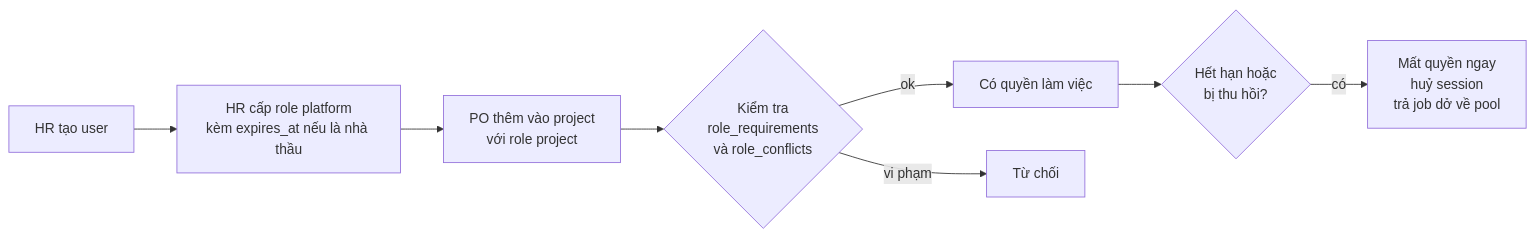
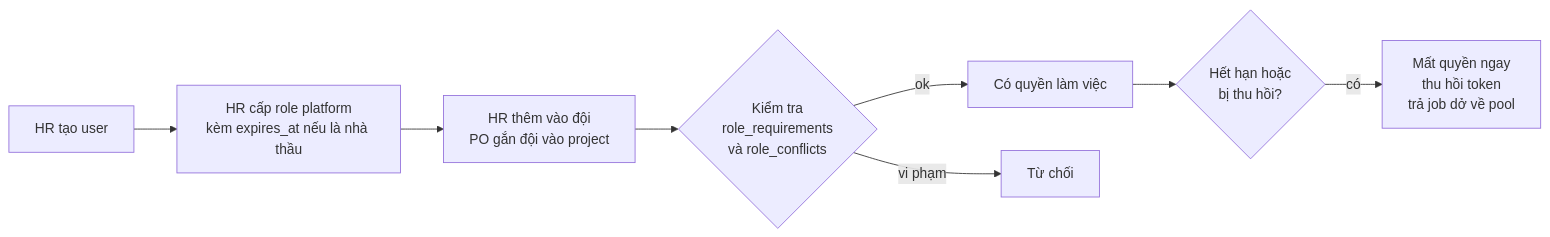
The fourth of 12 diagrams in docs/database_design.md (ducloc24/Annocollector), drawn with Mermaid before and after one commit. The commit also changed other lines of this file and 5 other files, not shown here.

````diff
--- a/docs/database_design.md
+++ b/docs/database_design.md
@@ -344,10 +378,10 @@
 ```mermaid
 flowchart LR
     A[HR tạo user] --> B[HR cấp role platform<br/>kèm expires_at nếu là nhà thầu]
-    B --> C[PO thêm vào project<br/>với role project]
+    B --> C[HR thêm vào đội<br/>PO gắn đội vào project]
     C --> D{Kiểm tra<br/>role_requirements<br/>và role_conflicts}
     D -- ok --> E[Có quyền làm việc]
     D -- vi phạm --> X[Từ chối]
     E --> F{Hết hạn hoặc<br/>bị thu hồi?}
-    F -- có --> G[Mất quyền ngay<br/>huỷ session<br/>trả job dở về pool]
+    F -- có --> G[Mất quyền ngay<br/>thu hồi token<br/>trả job dở về pool]
 ```
````
